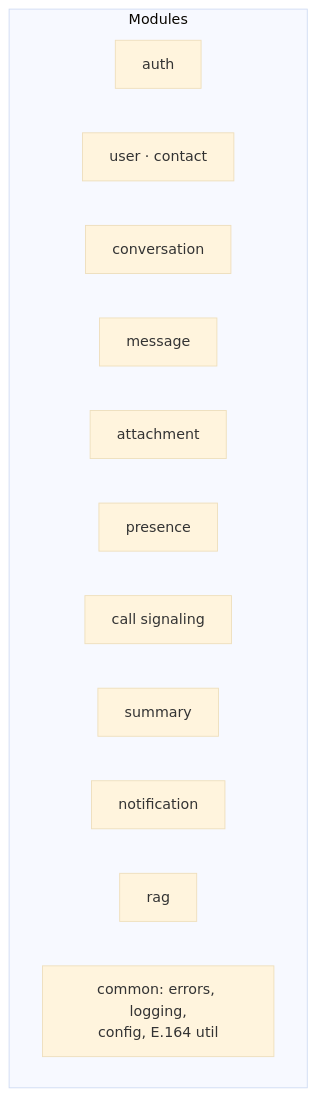
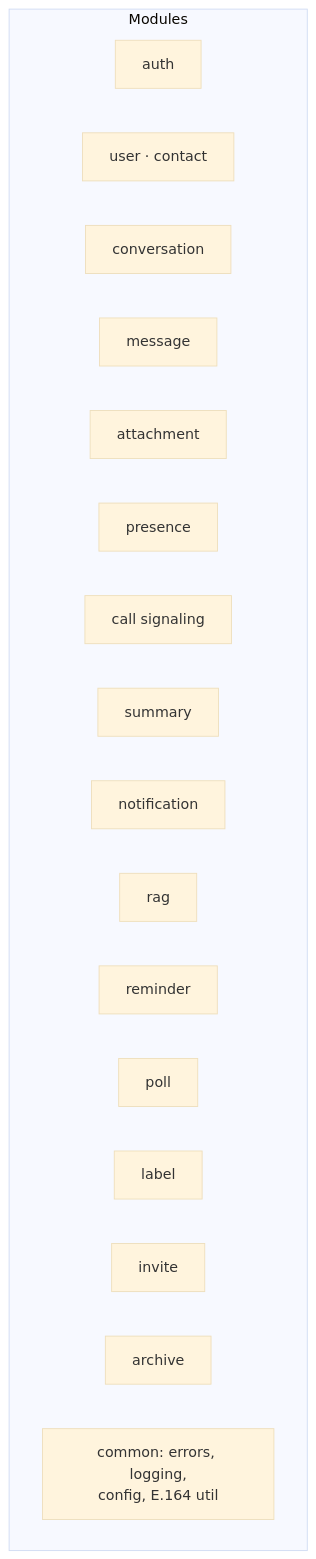
The second of 3 diagrams in docs/architecture.md (JasonTM17/Nexachat_AppJ), drawn with Mermaid (base theme) before and after one commit. The commit also changed other lines of this file and 9 other files, not shown here.

````diff
--- a/docs/architecture.md
+++ b/docs/architecture.md
@@ -82,16 +87,21 @@
 ```mermaid
 flowchart TB
     subgraph Mod["Modules"]
         AUTH["auth"]
         USER["user · contact"]
         CONV["conversation"]
         MSG["message"]
         ATT["attachment"]
         PRES["presence"]
         CALL["call signaling"]
         SUM["summary"]
         NOTIF["notification"]
         RAG["rag"]
+        REMINDER["reminder"]
+        POLL["poll"]
+        LABEL["label"]
+        INVITE["invite"]
+        ARCHIVE["archive"]
         COMMON["common: errors, logging,<br/>config, E.164 util"]
     end
 ```
````
